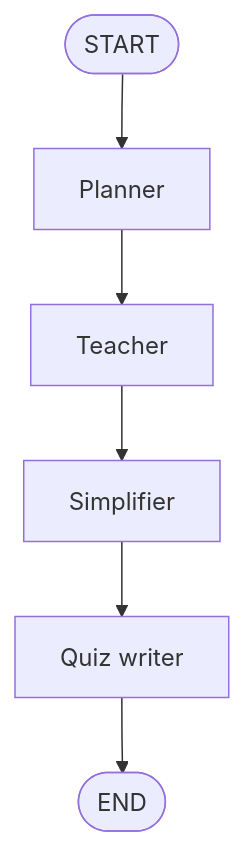
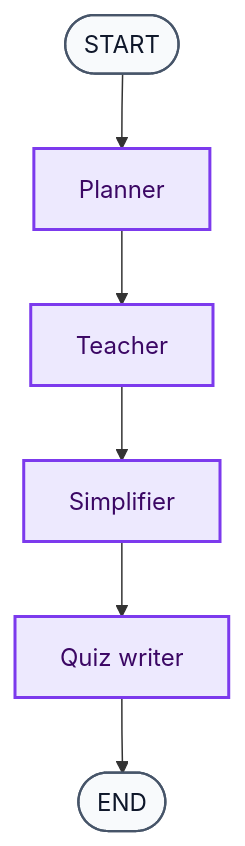
The third of 20 diagrams in docs/ARCHITECTURE.md (anne500/multi-agent-study-guide), drawn with Mermaid before and after one commit. The commit also changed other lines of this file and 7 other files, not shown here.

Commit message:
Add visual learning map and color-coded architecture documentation

````diff
--- a/docs/ARCHITECTURE.md
+++ b/docs/ARCHITECTURE.md
@@ -58,8 +83,12 @@
 ```mermaid
 flowchart TD
     A([START]) --> B[Planner]
     B --> C[Teacher]
     C --> D[Simplifier]
     D --> E[Quiz writer]
     E --> F([END])
+
+    classDef default fill:#F8FAFC,stroke:#475569,color:#0F172A,stroke-width:1.5px;
+    classDef model fill:#EDE9FE,stroke:#7C3AED,color:#3B0764,stroke-width:2px;
+    class B,C,D,E model;
 ```
````
